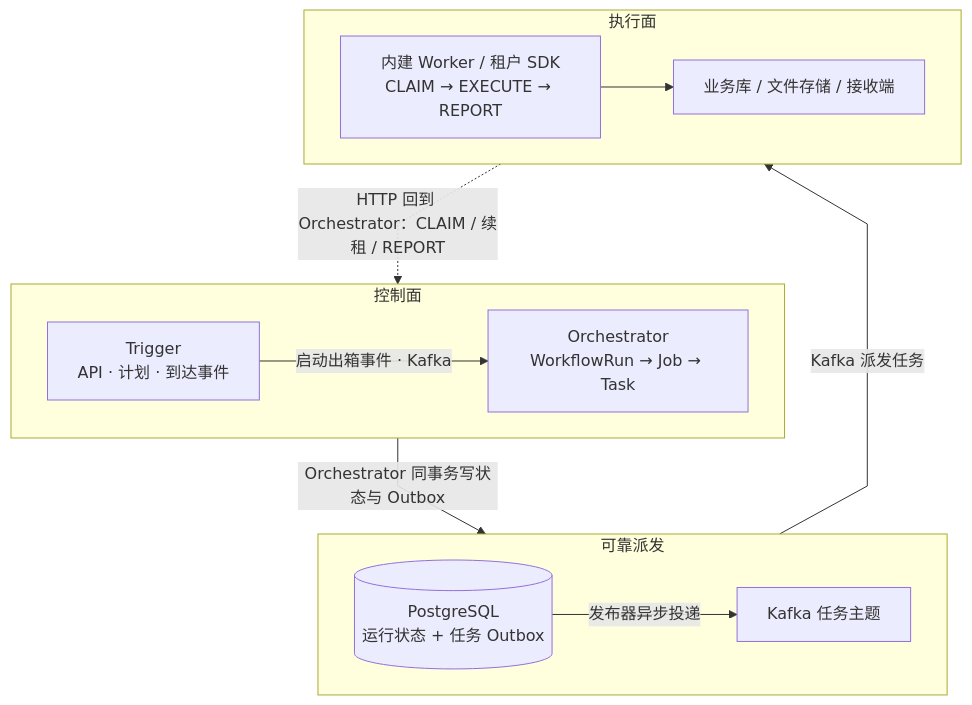
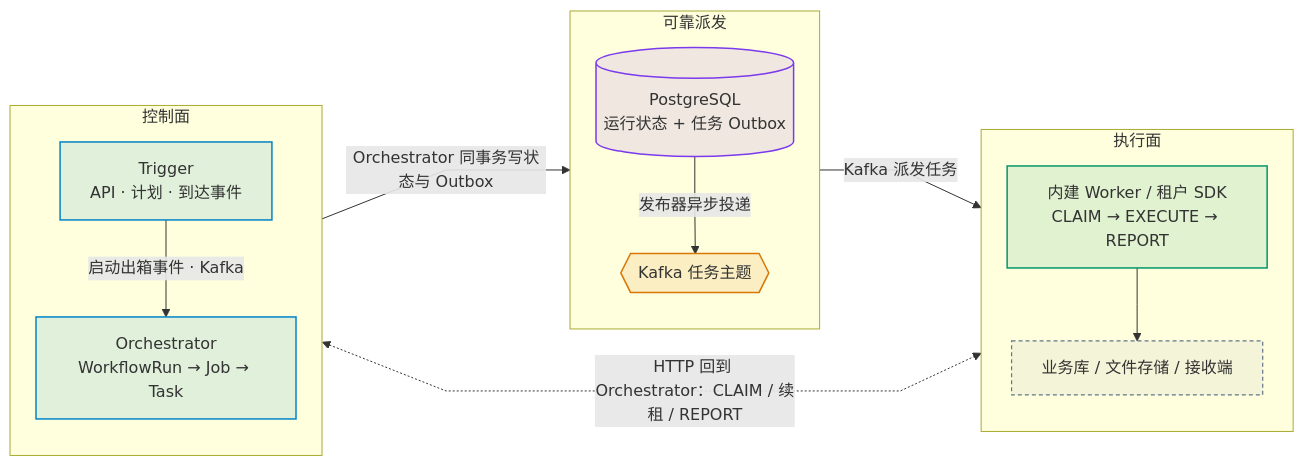
The diagram in README.md (pinpols/file-batch-system), drawn with Mermaid before and after one commit. The commit also changed 7 other files, not shown here.

First line of the commit message:
docs: adopt the diagram legend in governance and redraw the first P1 diagrams (#1372)

````diff
--- a/README.md
+++ b/README.md
@@ -54,19 +54,33 @@
 ```mermaid
 %%{init: {"flowchart":{"curve":"linear","nodeSpacing":32,"rankSpacing":48},"sequence":{"mirrorActors":false}}}%%
-flowchart TB
+flowchart LR
+
   subgraph Control["控制面"]
-    direction LR
-    Trigger["Trigger<br/>API · 计划 · 到达事件"] -->|"启动出箱事件 · Kafka"| Orch["Orchestrator<br/>WorkflowRun → Job → Task"]
+    direction TB
+    Trigger["Trigger<br/>API · 计划 · 到达事件"]:::control
+    Orch["Orchestrator<br/>WorkflowRun → Job → Task"]:::control
+    Trigger -->|"启动出箱事件 · Kafka"| Orch
   end
   subgraph Delivery["可靠派发"]
-    direction LR
-    DB[("PostgreSQL<br/>运行状态 + 任务 Outbox")] -->|"发布器异步投递"| Kafka["Kafka 任务主题"]
+    direction TB
+    DB[("PostgreSQL<br/>运行状态 + 任务 Outbox")]:::store
+    Kafka{{"Kafka 任务主题"}}:::mq
+    DB -->|"发布器异步投递"| Kafka
   end
   subgraph Execution["执行面"]
-    direction LR
-    Worker["内建 Worker / 租户 SDK<br/>CLAIM → EXECUTE → REPORT"] --> Target["业务库 / 文件存储 / 接收端"]
+    direction TB
+    Worker["内建 Worker / 租户 SDK<br/>CLAIM → EXECUTE → REPORT"]:::worker
+    Target["业务库 / 文件存储 / 接收端"]:::ext
+    Worker --> Target
   end
   Control -->|"Orchestrator 同事务写状态与 Outbox"| Delivery
   Delivery -->|"Kafka 派发任务"| Execution
-  Execution -.->|"HTTP 回到 Orchestrator：CLAIM / 续租 / REPORT"| Control
+  Control <-.->|"HTTP 回到 Orchestrator：CLAIM / 续租 / REPORT"| Execution
+  classDef entry fill:#6366f11f,stroke:#6366f1,stroke-width:1.5px
+  classDef control fill:#0284c71f,stroke:#0284c7,stroke-width:1.5px
+  classDef mq fill:#d977061f,stroke:#d97706,stroke-width:1.5px
+  classDef worker fill:#0596691f,stroke:#059669,stroke-width:1.5px
+  classDef store fill:#7c3aed1f,stroke:#7c3aed,stroke-width:1.5px
+  classDef ext fill:#64748b14,stroke:#64748b,stroke-width:1.2px,stroke-dasharray:4 3
+  classDef lib fill:#64748b14,stroke:#64748b,stroke-width:1.2px
 ```
````
